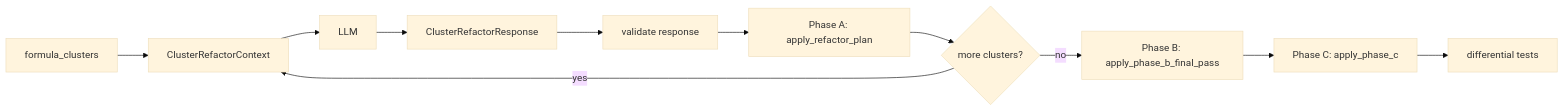
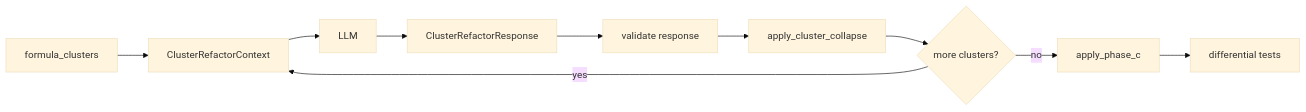
One commit to Teal-Insights/tiny-dsa-extraction-pipeline changed the second of 2 diagrams in docs/extraction-pipeline.md. Above: the diagram before and after it, drawn with Mermaid (base theme). The commit also changed other lines of this file and 26 other files, not shown here.

First line of the commit message:
Use graph metadata for refactor naming instead of hardcoded Tiny DSA maps.

````diff
--- a/docs/extraction-pipeline.md
+++ b/docs/extraction-pipeline.md
@@ -2839,13 +2721,12 @@
 ``` mermaid
 flowchart LR
   A[formula_clusters] --> B[ClusterRefactorContext]
   B --> C[LLM]
   C --> D[ClusterRefactorResponse]
   D --> E[validate response]
-  E --> F[Phase A: apply_refactor_plan]
+  E --> F[apply_cluster_collapse]
   F --> G{more clusters?}
   G -->|yes| B
-  G -->|no| H[Phase B: apply_phase_b_final_pass]
-  H --> I[Phase C: apply_phase_c]
-  I --> J[differential tests]
+  G -->|no| H[apply_phase_c]
+  H --> I[differential tests]
 ```
````
